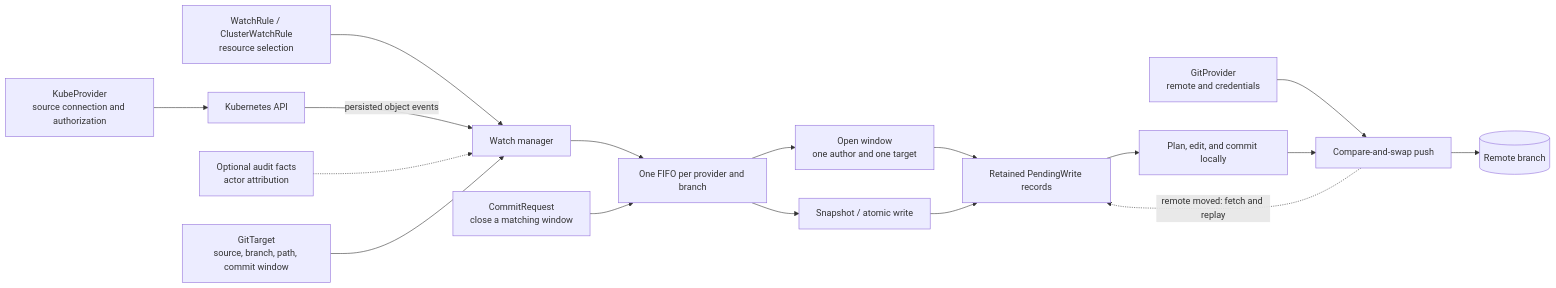
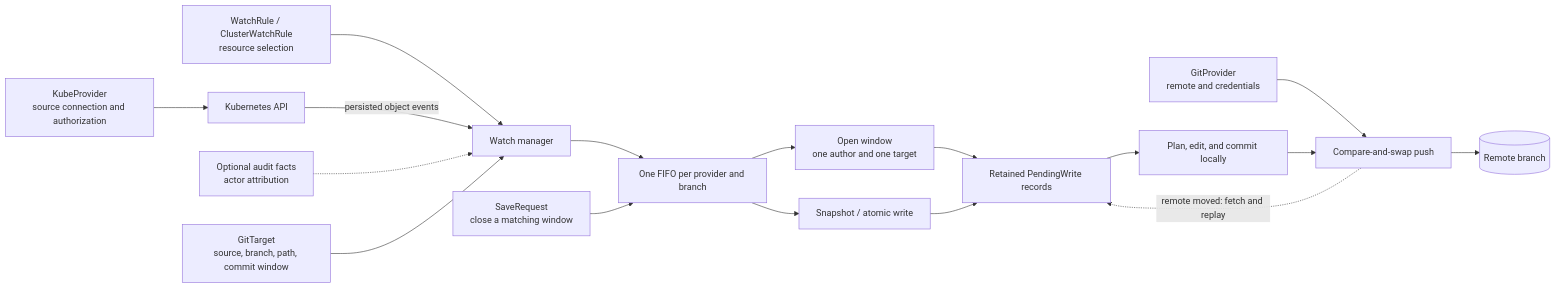
Before and after one commit to ConfigButler/gitops-reverser: the first of 5 diagrams in docs/api-first-publication.md, drawn with Mermaid. The commit also changed other lines of this file and 156 other files, not shown here.

First line of the commit message:
feat(api)!: CommitRequest is SaveRequest; the source-cluster save is RemoteSaveRequest

````diff
--- a/docs/api-first-publication.md
+++ b/docs/api-first-publication.md
@@ -42,19 +42,19 @@
 ```mermaid
 flowchart LR
     CP["KubeProvider<br/>source connection and authorization"] --> API["Kubernetes API"]
     WR["WatchRule / ClusterWatchRule<br/>resource selection"] --> WATCH["Watch manager"]
     API -->|"persisted object events"| WATCH
     AUDIT["Optional audit facts<br/>actor attribution"] -.-> WATCH
     GT["GitTarget<br/>source, branch, path, commit window"] --> WATCH
     WATCH --> QUEUE["One FIFO per provider and branch"]
-    CR["CommitRequest<br/>close a matching window"] --> QUEUE
+    CR["SaveRequest<br/>close a matching window"] --> QUEUE
     QUEUE --> WINDOW["Open window<br/>one author and one target"]
     QUEUE --> SNAP["Snapshot / atomic write"]
     WINDOW --> PENDING["Retained PendingWrite records"]
     SNAP --> PENDING
     PENDING --> LOCAL["Plan, edit, and commit locally"]
     GP["GitProvider<br/>remote and credentials"] --> PUSH["Compare-and-swap push"]
     LOCAL --> PUSH
     PUSH --> REMOTE[("Remote branch")]
     PUSH -. "remote moved: fetch and replay" .-> PENDING
 ```
````
